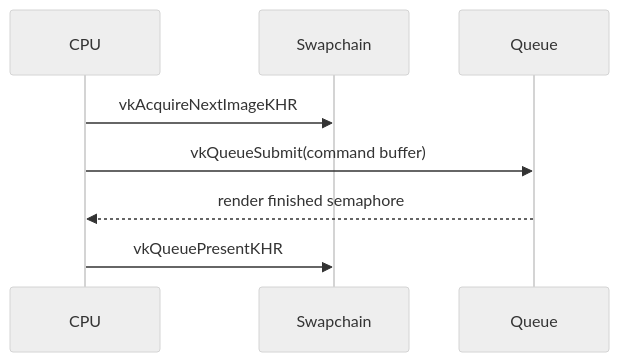
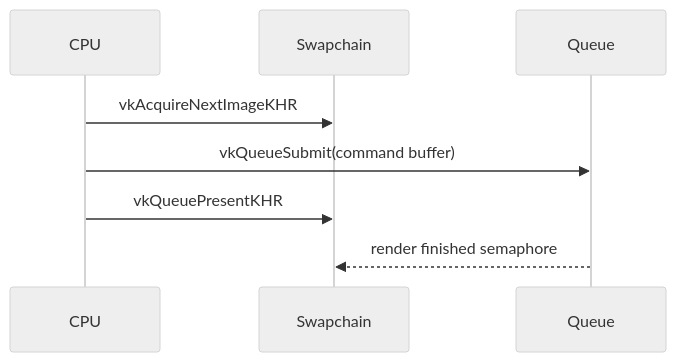
Before and after one commit to Rein-ArXiv/game-dev-curriculum: the second of 3 diagrams in graphics/stage3_vk_fund_02_vulkan_core.md, drawn with Mermaid (neutral theme). The commit also changed other lines of this file and 1129 other files, not shown here.

````diff
--- a/graphics/stage3_vk_fund_02_vulkan_core.md
+++ b/graphics/stage3_vk_fund_02_vulkan_core.md
@@ -284,10 +284,10 @@
 ```mermaid
 sequenceDiagram
     participant CPU
     participant Swapchain
     participant Queue
     CPU->>Swapchain: vkAcquireNextImageKHR
     CPU->>Queue: vkQueueSubmit(command buffer)
-    Queue-->>CPU: render finished semaphore
     CPU->>Swapchain: vkQueuePresentKHR
+    Queue-->>Swapchain: render finished semaphore
 ```
````
